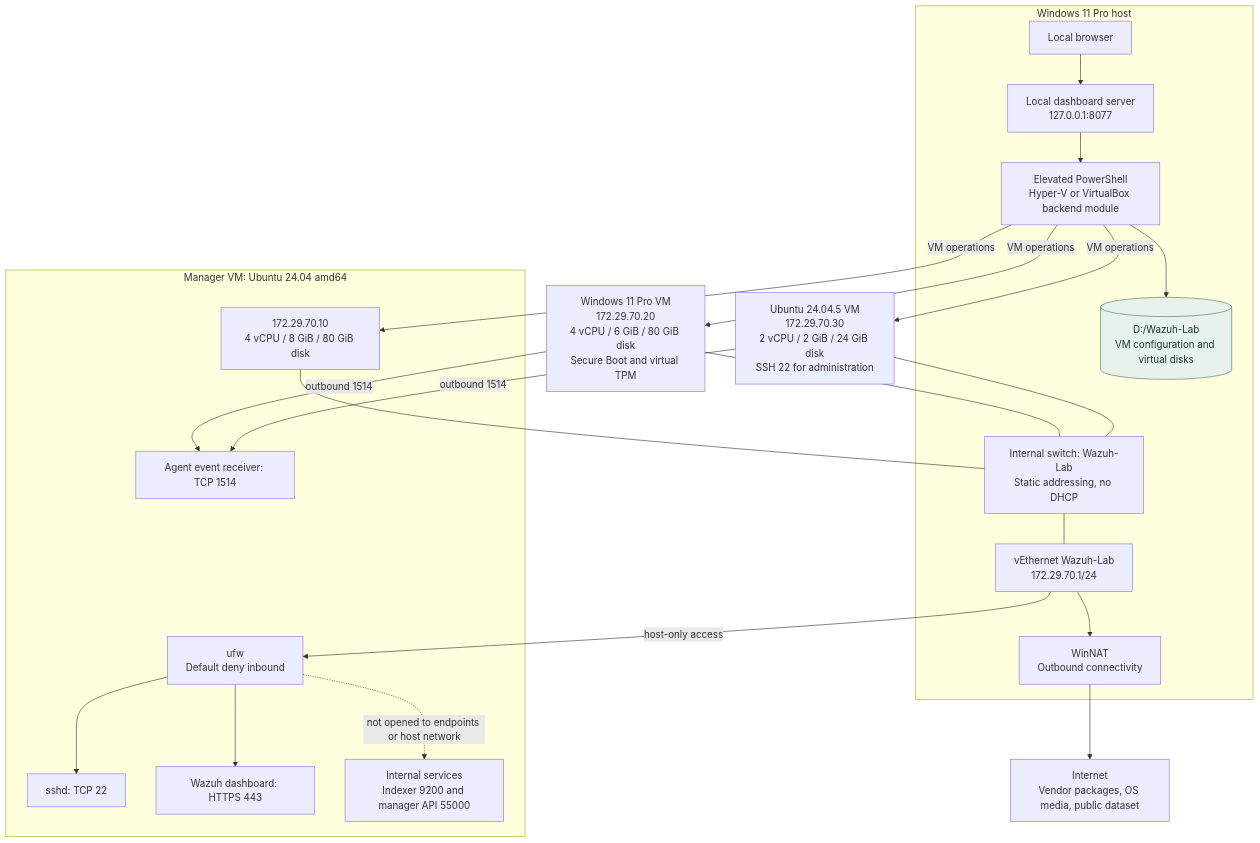
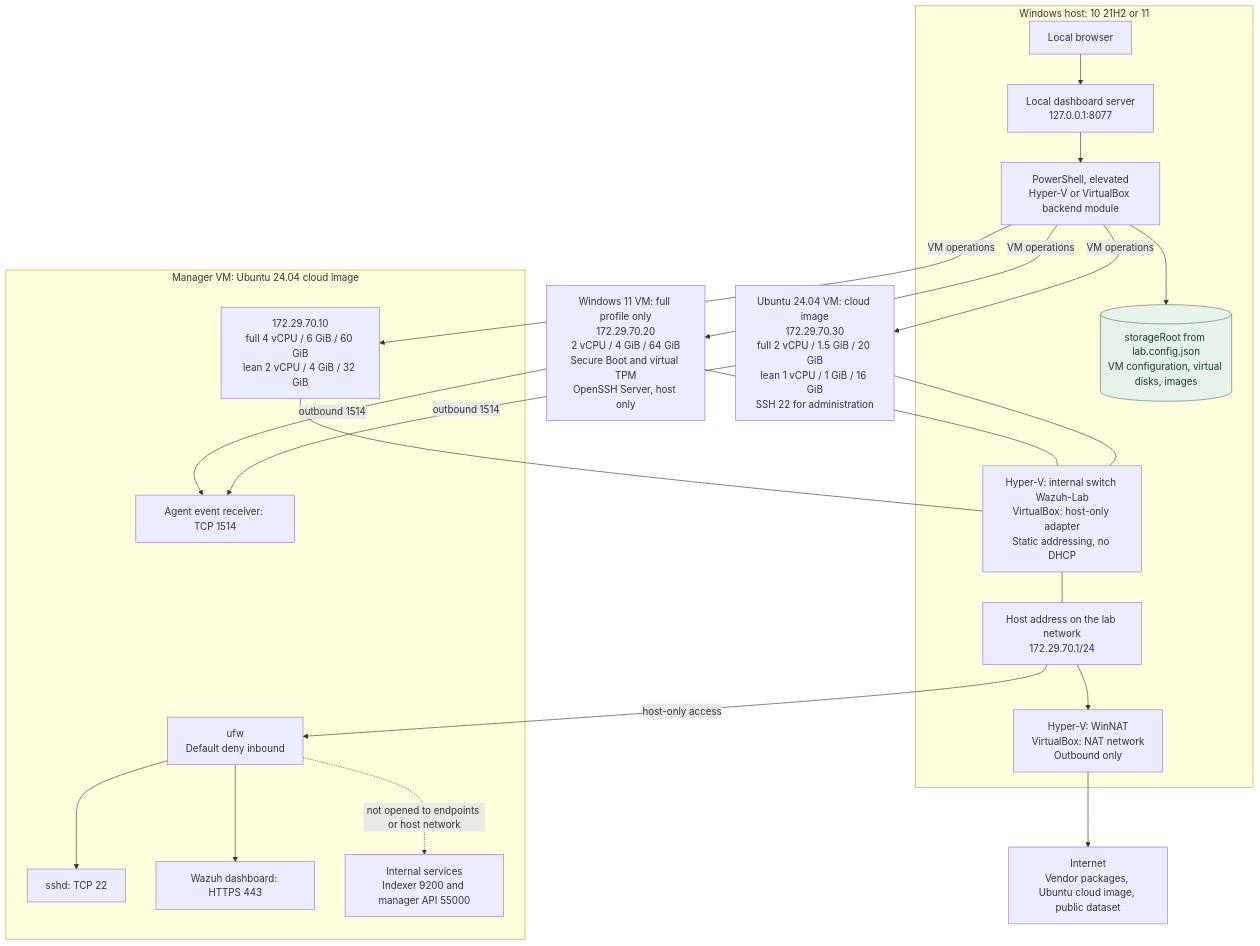
One commit to koustubs/wazuh-mitre-attack-lab changed the diagram in docs/architecture/02-deployment-networks-and-trust-boundaries.mmd. Above: the diagram before and after it, drawn with Mermaid. The commit also changed 14 other files, not shown here.

```diff
--- a/docs/architecture/02-deployment-networks-and-trust-boundaries.mmd
+++ b/docs/architecture/02-deployment-networks-and-trust-boundaries.mmd
@@ -1,39 +1,39 @@
 flowchart TB
-    INTERNET["Internet<br/>Vendor packages, OS media, public dataset"]
-    subgraph HOST["Windows 11 Pro host"]
+    INTERNET["Internet<br/>Vendor packages, Ubuntu cloud image, public dataset"]
+    subgraph HOST["Windows host: 10 21H2 or 11"]
         BROWSER["Local browser"]
         HOSTAPI["Local dashboard server<br/>127.0.0.1:8077"]
-        ADMIN["Elevated PowerShell<br/>Hyper-V or VirtualBox backend module"]
-        DISKS[("D:/Wazuh-Lab<br/>VM configuration and virtual disks")]
-        GW["vEthernet Wazuh-Lab<br/>172.29.70.1/24"]
-        NAT["WinNAT<br/>Outbound connectivity"]
-        SW["Internal switch: Wazuh-Lab<br/>Static addressing, no DHCP"]
+        ADMIN["PowerShell, elevated<br/>Hyper-V or VirtualBox backend module"]
+        DISKS[("storageRoot from lab.config.json<br/>VM configuration, virtual disks, images")]
+        GW["Host address on the lab network<br/>172.29.70.1/24"]
+        NAT["Hyper-V: WinNAT<br/>VirtualBox: NAT network<br/>Outbound only"]
+        SW["Hyper-V: internal switch Wazuh-Lab<br/>VirtualBox: host-only adapter<br/>Static addressing, no DHCP"]
     end
-    subgraph MVM["Manager VM: Ubuntu 24.04 amd64"]
+    subgraph MVM["Manager VM: Ubuntu 24.04 cloud image"]
         FW["ufw<br/>Default deny inbound"]
-        MS["172.29.70.10<br/>4 vCPU / 8 GiB / 80 GiB disk"]
+        MS["172.29.70.10<br/>full 4 vCPU / 6 GiB / 60 GiB<br/>lean 2 vCPU / 4 GiB / 32 GiB"]
         SSH["sshd: TCP 22"]
         WEB["Wazuh dashboard: HTTPS 443"]
         EVENTS["Agent event receiver: TCP 1514"]
         LOCAL["Internal services<br/>Indexer 9200 and manager API 55000"]
     end
-    WVM["Windows 11 Pro VM<br/>172.29.70.20<br/>4 vCPU / 6 GiB / 80 GiB disk<br/>Secure Boot and virtual TPM"]
-    LVM["Ubuntu 24.04.5 VM<br/>172.29.70.30<br/>2 vCPU / 2 GiB / 24 GiB disk<br/>SSH 22 for administration"]
+    WVM["Windows 11 VM: full profile only<br/>172.29.70.20<br/>2 vCPU / 4 GiB / 64 GiB<br/>Secure Boot and virtual TPM<br/>OpenSSH Server, host only"]
+    LVM["Ubuntu 24.04 VM: cloud image<br/>172.29.70.30<br/>full 2 vCPU / 1.5 GiB / 20 GiB<br/>lean 1 vCPU / 1 GiB / 16 GiB<br/>SSH 22 for administration"]
     BROWSER --> HOSTAPI
     HOSTAPI --> ADMIN
     ADMIN -->|VM operations| MS
     ADMIN -->|VM operations| WVM
     ADMIN -->|VM operations| LVM
     ADMIN --> DISKS
     SW --- GW --> NAT --> INTERNET
     MS --- SW
     WVM --- SW
     LVM --- SW
     GW -->|host-only access| FW
     FW --> SSH
     FW --> WEB
     WVM -->|outbound 1514| EVENTS
     LVM -->|outbound 1514| EVENTS
     FW -.->|not opened to endpoints or host network| LOCAL
     classDef store fill:#e7f2eb,stroke:#487b60,color:#173b29
     class DISKS store
```
